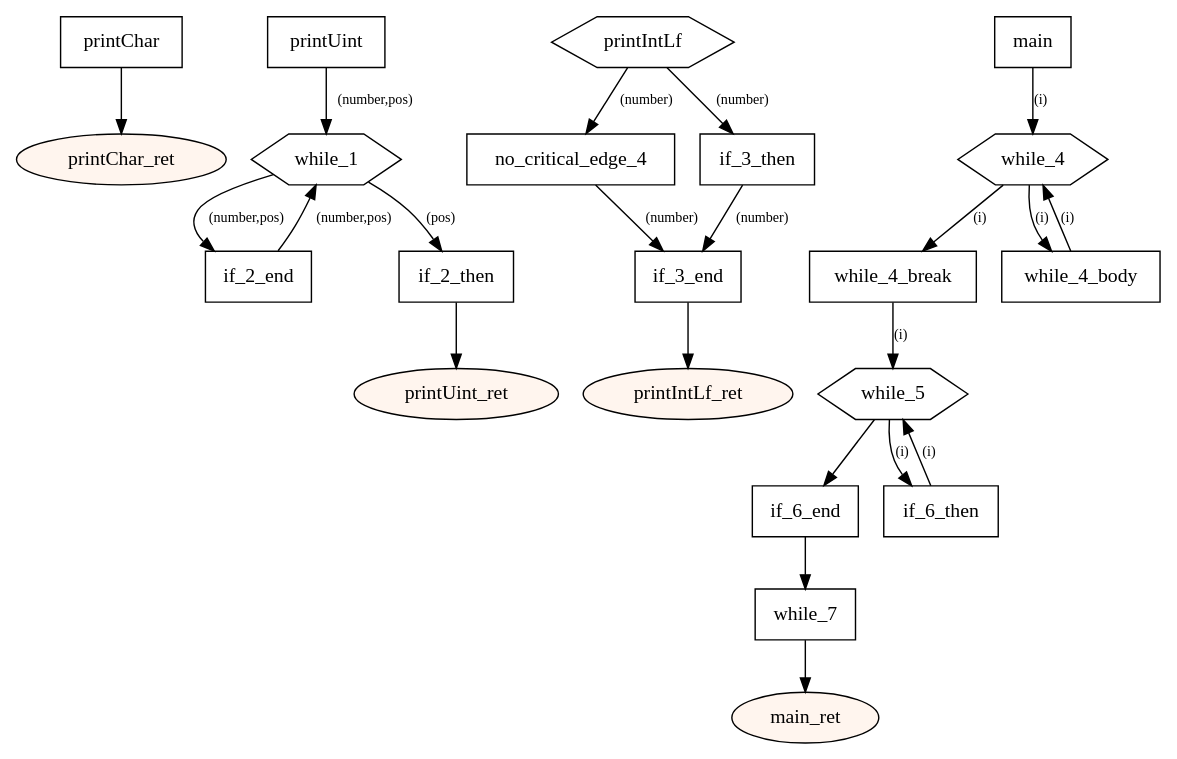
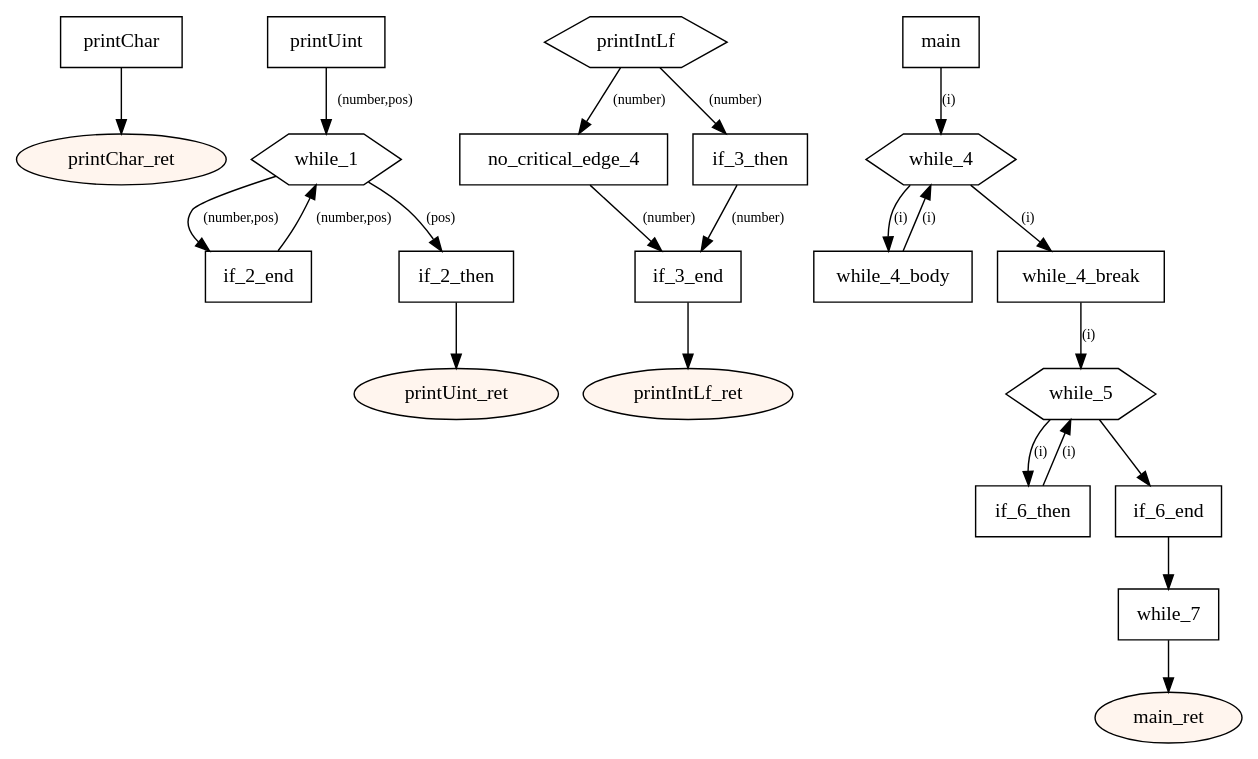
One commit to tmssngr/tinyC changed the diagram in src/main/resources-test/while.dot. Above: the diagram before and after it, drawn with Graphviz. The commit also changed other lines of this file and 51 other files, not shown here.

```diff
--- a/src/main/resources-test/while.dot
+++ b/src/main/resources-test/while.dot
@@ -1,53 +1,53 @@
 digraph program {
 	edge[fontsize="10pt"];
 	subgraph fn_printChar {
 		BasicBlock_0_printChar [label="printChar",shape=box];
 		BasicBlock_0_printChar -> BasicBlock_0_printChar_ret;
 		BasicBlock_0_printChar_ret [label="printChar_ret",shape=oval,style=filled,fillcolor="#fff5ee"];
 	}
 	subgraph fn_printUint {
 		BasicBlock_1_printUint [label="printUint",shape=box];
 		BasicBlock_1_printUint -> BasicBlock_1_while_1 [label="(number,pos)"];
+		BasicBlock_1_if_2_end [label="if_2_end",shape=box];
+		BasicBlock_1_if_2_end -> BasicBlock_1_while_1 [label="(number,pos)"];
 		BasicBlock_1_while_1 [label="while_1",shape=hexagon];
 		BasicBlock_1_while_1 -> BasicBlock_1_if_2_end [label="(number,pos)"];
 		BasicBlock_1_while_1 -> BasicBlock_1_if_2_then [label="(pos)"];
 		BasicBlock_1_if_2_then [label="if_2_then",shape=box];
 		BasicBlock_1_if_2_then -> BasicBlock_1_printUint_ret;
-		BasicBlock_1_if_2_end [label="if_2_end",shape=box];
-		BasicBlock_1_if_2_end -> BasicBlock_1_while_1 [label="(number,pos)"];
 		BasicBlock_1_printUint_ret [label="printUint_ret",shape=oval,style=filled,fillcolor="#fff5ee"];
 	}
 	subgraph fn_printIntLf {
 		BasicBlock_2_printIntLf [label="printIntLf",shape=hexagon];
 		BasicBlock_2_printIntLf -> BasicBlock_2_no_critical_edge_4 [label="(number)"];
 		BasicBlock_2_printIntLf -> BasicBlock_2_if_3_then [label="(number)"];
+		BasicBlock_2_no_critical_edge_4 [label="no_critical_edge_4",shape=box];
+		BasicBlock_2_no_critical_edge_4 -> BasicBlock_2_if_3_end [label="(number)"];
 		BasicBlock_2_if_3_then [label="if_3_then",shape=box];
 		BasicBlock_2_if_3_then -> BasicBlock_2_if_3_end [label="(number)"];
-		BasicBlock_2_no_critical_edge_4 [label="no_critical_edge_4",shape=box];
-		BasicBlock_2_no_critical_edge_4 -> BasicBlock_2_if_3_end [label="(number)"];
 		BasicBlock_2_if_3_end [label="if_3_end",shape=box];
 		BasicBlock_2_if_3_end -> BasicBlock_2_printIntLf_ret;
 		BasicBlock_2_printIntLf_ret [label="printIntLf_ret",shape=oval,style=filled,fillcolor="#fff5ee"];
 	}
 	subgraph fn_main {
 		BasicBlock_3_main [label="main",shape=box];
 		BasicBlock_3_main -> BasicBlock_3_while_4 [label="(i)"];
+		BasicBlock_3_while_4_body [label="while_4_body",shape=box];
+		BasicBlock_3_while_4_body -> BasicBlock_3_while_4 [label="(i)"];
 		BasicBlock_3_while_4 [label="while_4",shape=hexagon];
 		BasicBlock_3_while_4 -> BasicBlock_3_while_4_break [label="(i)"];
 		BasicBlock_3_while_4 -> BasicBlock_3_while_4_body [label="(i)"];
-		BasicBlock_3_while_4_body [label="while_4_body",shape=box];
-		BasicBlock_3_while_4_body -> BasicBlock_3_while_4 [label="(i)"];
 		BasicBlock_3_while_4_break [label="while_4_break",shape=box];
 		BasicBlock_3_while_4_break -> BasicBlock_3_while_5 [label="(i)"];
+		BasicBlock_3_if_6_then [label="if_6_then",shape=box];
+		BasicBlock_3_if_6_then -> BasicBlock_3_while_5 [label="(i)"];
 		BasicBlock_3_while_5 [label="while_5",shape=hexagon];
 		BasicBlock_3_while_5 -> BasicBlock_3_if_6_end;
 		BasicBlock_3_while_5 -> BasicBlock_3_if_6_then [label="(i)"];
-		BasicBlock_3_if_6_then [label="if_6_then",shape=box];
-		BasicBlock_3_if_6_then -> BasicBlock_3_while_5 [label="(i)"];
 		BasicBlock_3_if_6_end [label="if_6_end",shape=box];
 		BasicBlock_3_if_6_end -> BasicBlock_3_while_7;
 		BasicBlock_3_while_7 [label="while_7",shape=box];
 		BasicBlock_3_while_7 -> BasicBlock_3_main_ret;
 		BasicBlock_3_main_ret [label="main_ret",shape=oval,style=filled,fillcolor="#fff5ee"];
 	}
 }
```
